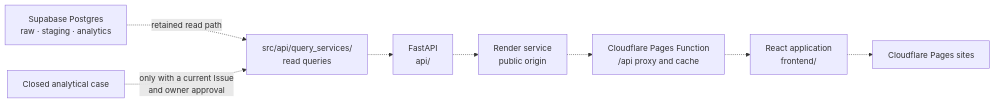
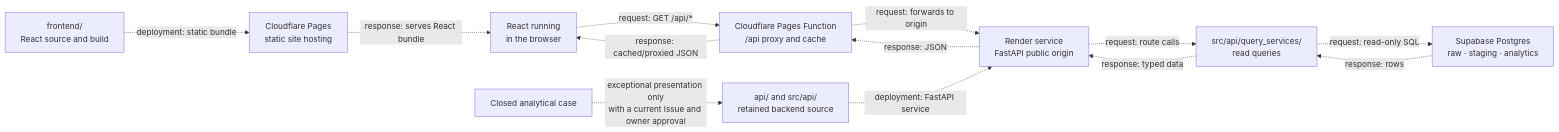
One commit to humphrey-nyanzi/UPL-goal-timing changed the second of 5 diagrams in docs/diagram_collection.md. Above: the diagram before and after it, drawn with Mermaid. The commit also changed other lines of this file and 2 other files, not shown here.

Commit message:
docs: correct architecture transition details

````diff
--- a/docs/diagram_collection.md
+++ b/docs/diagram_collection.md
@@ -109,20 +110,27 @@
 ```mermaid
 flowchart LR
+    FRONTEND["frontend/\nReact source and build"]
+    SITES["Cloudflare Pages\nstatic site hosting"]
+    REACT["React running\nin the browser"]
+    PROXY["Cloudflare Pages Function\n/api proxy and cache"]
+    RENDER["Render service\nFastAPI public origin"]
+    QUERY["src/api/query_services/\nread queries"]
     POSTGRES["Supabase Postgres\nraw · staging · analytics"]
-    QUERY["src/api/query_services/\nread queries"]
-    API["FastAPI\napi/"]
-    RENDER["Render service\npublic origin"]
-    PROXY["Cloudflare Pages Function\n/api proxy and cache"]
-    REACT["React application\nfrontend/"]
-    SITES["Cloudflare Pages sites"]
+    API_SOURCE["api/ and src/api/\nretained backend source"]
 
-    POSTGRES -.->|"retained read path"| QUERY
-    QUERY -.-> API
-    API -.-> RENDER
-    RENDER -.-> PROXY
-    PROXY -.-> REACT
-    REACT -.-> SITES
+    FRONTEND -.->|"deployment: static bundle"| SITES
+    SITES -.->|"response: serves React bundle"| REACT
+    REACT -.->|"request: GET /api/*"| PROXY
+    PROXY -.->|"request: forwards to origin"| RENDER
+    API_SOURCE -.->|"deployment: FastAPI service"| RENDER
+    RENDER -.->|"request: route calls"| QUERY
+    QUERY -.->|"request: read-only SQL"| POSTGRES
+
+    POSTGRES -.->|"response: rows"| QUERY
+    QUERY -.->|"response: typed data"| RENDER
+    RENDER -.->|"response: JSON"| PROXY
+    PROXY -.->|"response: cached/proxied JSON"| REACT
 
     CASE["Closed analytical case"]
-    CASE -.->|"only with a current Issue\nand owner approval"| QUERY
+    CASE -.->|"exceptional presentation only\nwith a current Issue and owner approval"| API_SOURCE
 ```
````
